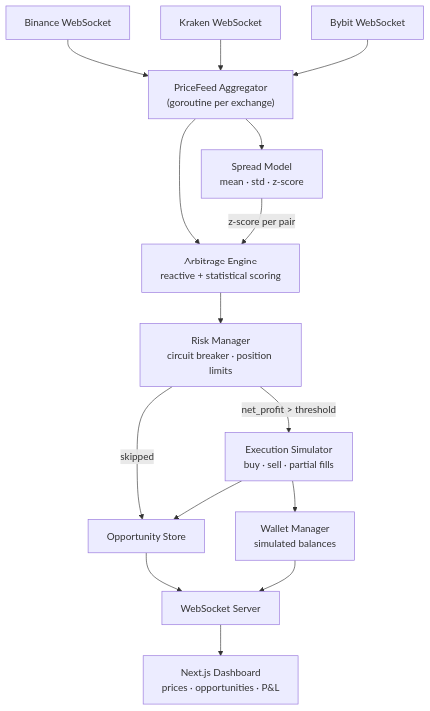
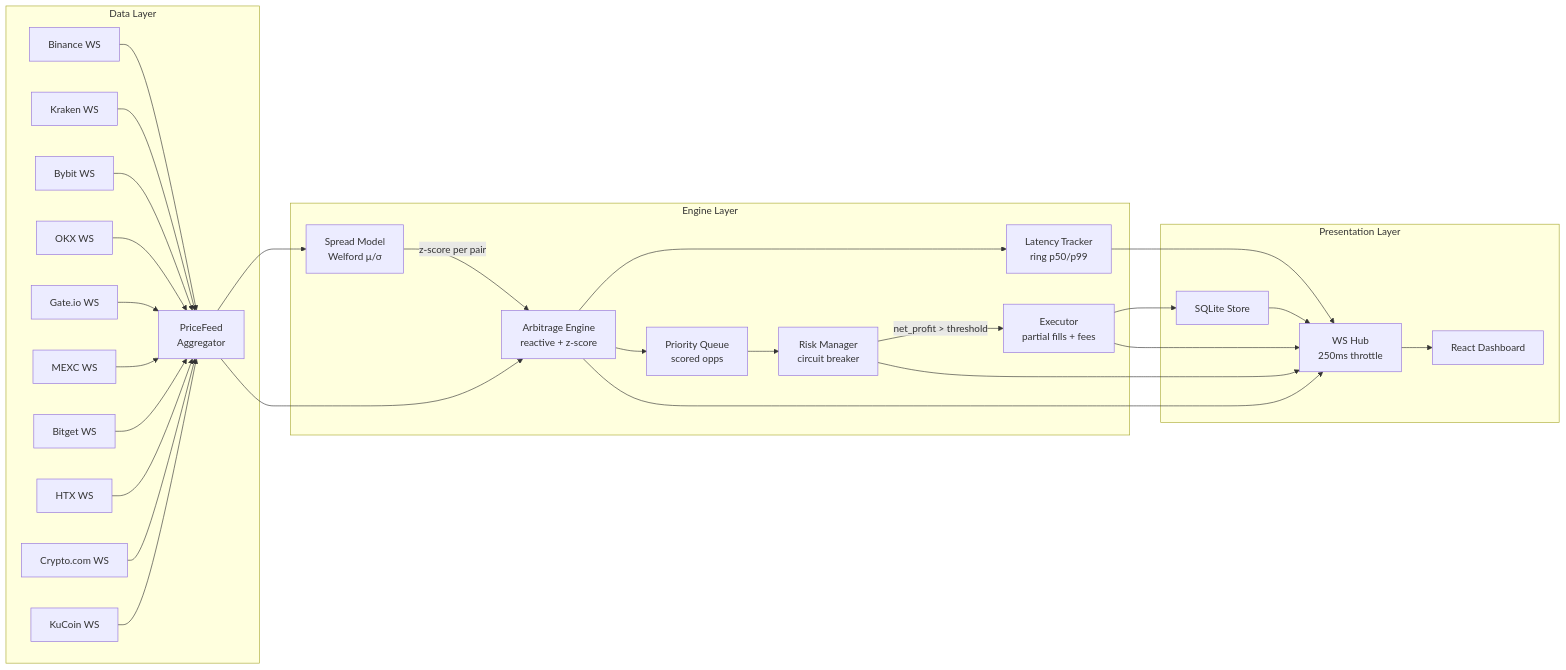
One commit to vmnavarro94/Brecha-CH_MX-2026 changed the diagram in README.md. Above: the diagram before and after it, drawn with Mermaid. The commit also changed other lines of this file and 8 other files, not shown here.

First line of the commit message:
docs: rewrite README highlighting z-score, latency p50/p99, 10 exchanges, design decisions

````diff
--- a/README.md
+++ b/README.md
@@ -11,27 +21,44 @@
 ```mermaid
-flowchart TD
-    BN["Binance WebSocket"]
-    KR["Kraken WebSocket"]
-    BY["Bybit WebSocket"]
-    PFA["PriceFeed Aggregator<br/>(goroutine per exchange)"]
-    SM["Spread Model<br/>mean · std · z-score"]
-    AE["Arbitrage Engine<br/>reactive + statistical scoring"]
-    RM["Risk Manager<br/>circuit breaker · position limits"]
-    ES["Execution Simulator<br/>buy · sell · partial fills"]
-    OS["Opportunity Store"]
-    WM["Wallet Manager<br/>simulated balances"]
-    WS["WebSocket Server"]
-    UI["Next.js Dashboard<br/>prices · opportunities · P&L"]
+flowchart LR
+    subgraph Data["Data Layer"]
+        BN["Binance WS"]
+        KR["Kraken WS"]
+        BY["Bybit WS"]
+        OX["OKX WS"]
+        GT["Gate.io WS"]
+        MX["MEXC WS"]
+        BT["Bitget WS"]
+        HT["HTX WS"]
+        CC["Crypto.com WS"]
+        KC["KuCoin WS"]
+        AGG["PriceFeed<br/>Aggregator"]
+        BN & KR & BY & OX & GT & MX & BT & HT & CC & KC --> AGG
+    end
 
-    BN & KR & BY --> PFA
-    PFA --> SM
-    PFA --> AE
+    subgraph Engine["Engine Layer"]
+        SM["Spread Model<br/>Welford μ/σ"]
+        AE["Arbitrage Engine<br/>reactive + z-score"]
+        LT["Latency Tracker<br/>ring p50/p99"]
+        PQ["Priority Queue<br/>scored opps"]
+        RM["Risk Manager<br/>circuit breaker"]
+        ES["Executor<br/>partial fills + fees"]
+    end
+
+    subgraph Presentation["Presentation Layer"]
+        STORE["SQLite Store"]
+        HUB["WS Hub<br/>250ms throttle"]
+        UI["React Dashboard"]
+    end
+
+    AGG --> SM
+    AGG --> AE
+    AE --> LT
     SM -->|"z-score per pair"| AE
-    AE --> RM
+    AE --> PQ
+    PQ --> RM
     RM -->|"net_profit > threshold"| ES
-    RM -->|"skipped"| OS
-    ES --> OS
-    ES --> WM
-    OS & WM --> WS
-    WS --> UI
+    ES --> STORE
+    ES & RM & LT & AE --> HUB
+    STORE --> HUB
+    HUB --> UI
 ```
````
